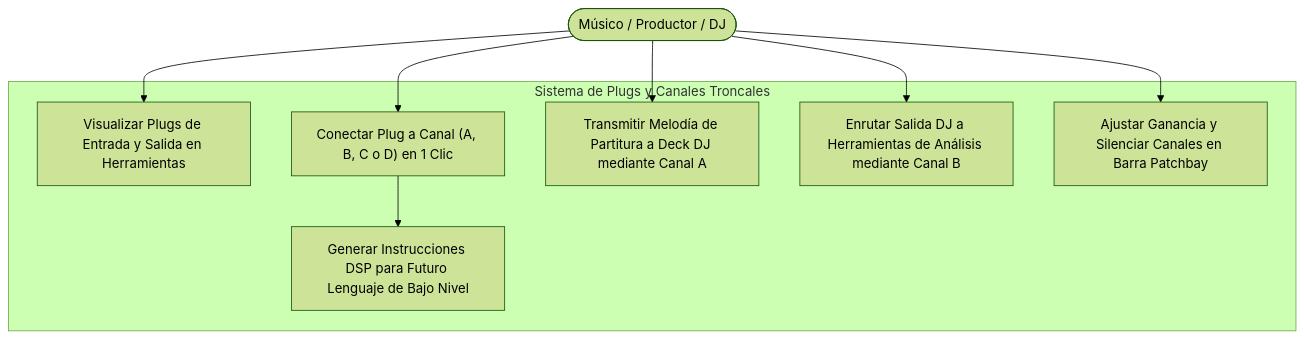
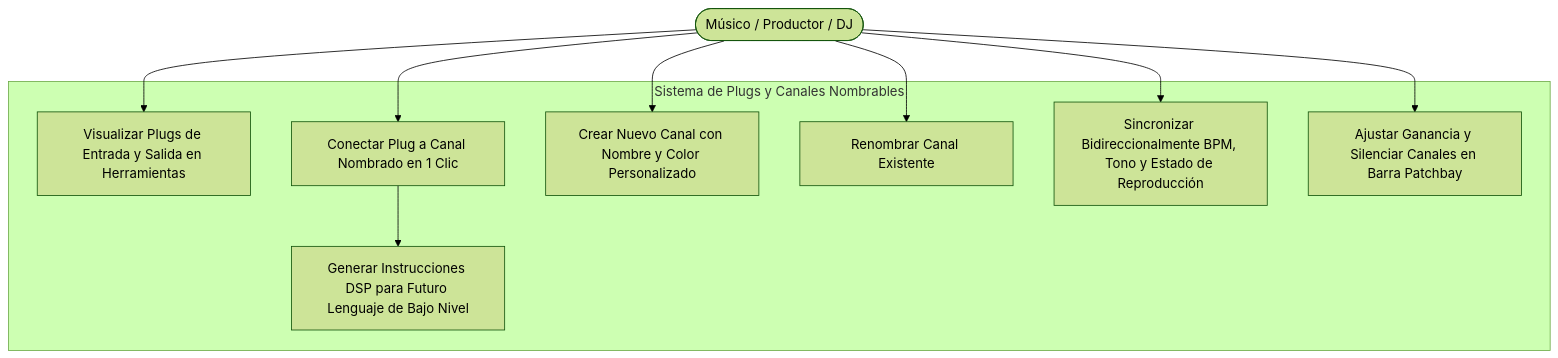
The first of 2 diagrams in docs/02_use_cases/87_uc_universal_studio_channel_matrix_and_inter_tool_audio_routing_suite.md (Nicolas11Leon/Tunner), drawn with Mermaid (forest theme) before and after one commit. The commit also changed other lines of this file and 11 other files, not shown here.

````diff
--- a/docs/02_use_cases/87_uc_universal_studio_channel_matrix_and_inter_tool_audio_routing_suite.md
+++ b/docs/02_use_cases/87_uc_universal_studio_channel_matrix_and_inter_tool_audio_routing_suite.md
@@ -42,20 +51,22 @@
 ```mermaid
 flowchart TD
     User([Músico / Productor / DJ])
 
-    subgraph Modular_Patchbay_System ["Sistema de Plugs y Canales Troncales"]
+    subgraph Modular_Patchbay_System ["Sistema de Plugs y Canales Nombrables"]
         UC87_1["Visualizar Plugs de Entrada y Salida en Herramientas"]
-        UC87_2["Conectar Plug a Canal (A, B, C o D) en 1 Clic"]
-        UC87_3["Transmitir Melodía de Partitura a Deck DJ mediante Canal A"]
-        UC87_4["Enrutar Salida DJ a Herramientas de Análisis mediante Canal B"]
-        UC87_5["Ajustar Ganancia y Silenciar Canales en Barra Patchbay"]
-        UC87_6["Generar Instrucciones DSP para Futuro Lenguaje de Bajo Nivel"]
+        UC87_2["Conectar Plug a Canal Nombrado en 1 Clic"]
+        UC87_3["Crear Nuevo Canal con Nombre y Color Personalizado"]
+        UC87_4["Renombrar Canal Existente"]
+        UC87_5["Sincronizar Bidireccionalmente BPM, Tono y Estado de Reproducción"]
+        UC87_6["Ajustar Ganancia y Silenciar Canales en Barra Patchbay"]
+        UC87_7["Generar Instrucciones DSP para Futuro Lenguaje de Bajo Nivel"]
     end
 
     User --> UC87_1
     User --> UC87_2
     User --> UC87_3
     User --> UC87_4
     User --> UC87_5
-    UC87_2 --> UC87_6
+    User --> UC87_6
+    UC87_2 --> UC87_7
 ```
````
